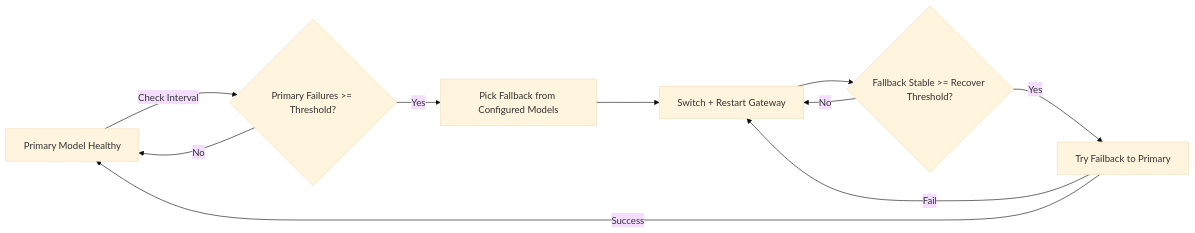
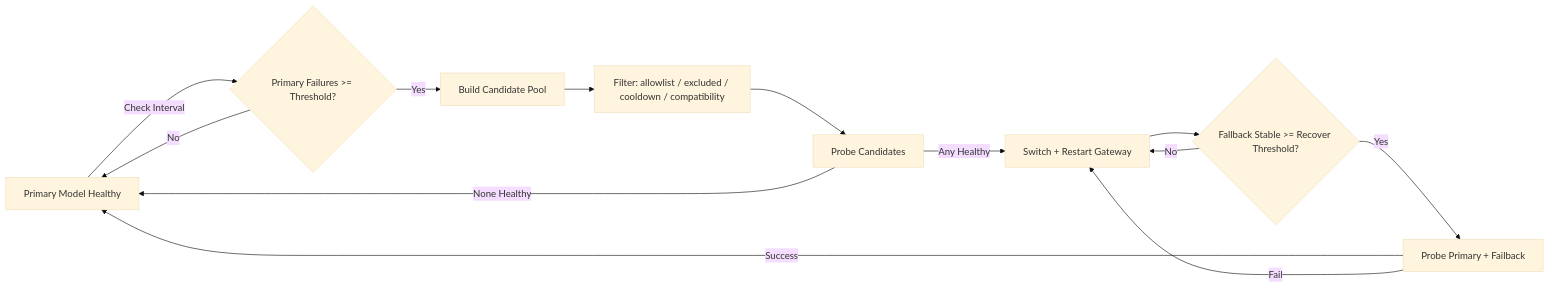
Before and after one commit to BovmantH/openclaw-model-failover-guard: the first of 2 diagrams in README.md, drawn with Mermaid (base theme). The commit also changed other lines of this file, not shown here.

Commit message:
docs: update architecture diagram

````diff
--- a/README.md
+++ b/README.md
@@ -7,12 +7,15 @@
 ```mermaid
 flowchart LR
   A[Primary Model Healthy] -->|Check Interval| B{Primary Failures >= Threshold?}
   B -->|No| A
-  B -->|Yes| C[Pick Fallback from Configured Models]
-  C --> D[Switch + Restart Gateway]
-  D --> E{Fallback Stable >= Recover Threshold?}
-  E -->|No| D
-  E -->|Yes| F[Try Failback to Primary]
-  F -->|Success| A
-  F -->|Fail| D
+  B -->|Yes| C[Build Candidate Pool]
+  C --> D[Filter: allowlist / excluded / cooldown / compatibility]
+  D --> E[Probe Candidates]
+  E -->|Any Healthy| F[Switch + Restart Gateway]
+  E -->|None Healthy| A
+  F --> G{Fallback Stable >= Recover Threshold?}
+  G -->|No| F
+  G -->|Yes| H[Probe Primary + Failback]
+  H -->|Success| A
+  H -->|Fail| F
 ```
````
